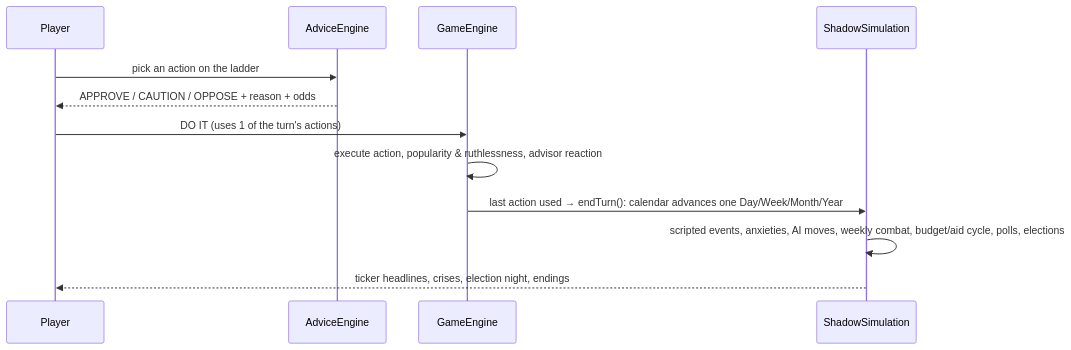
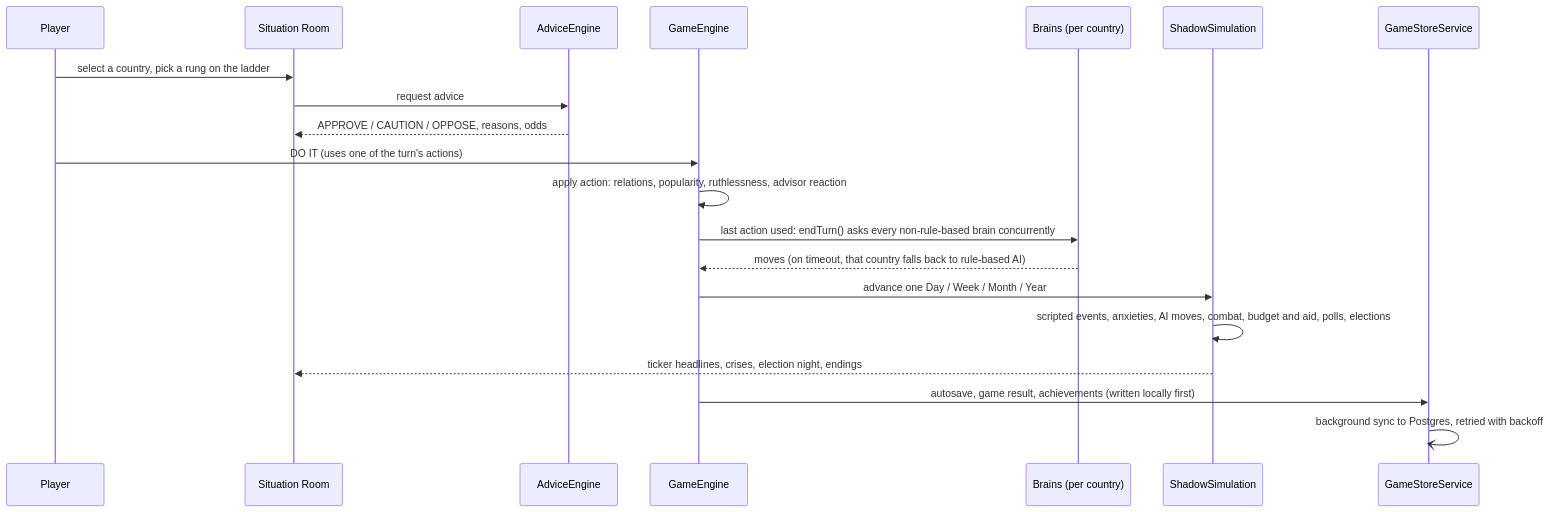
One commit to kochj23/GTNW changed the second of 4 diagrams in README.md. Above: the diagram before and after it, drawn with Mermaid. The commit also changed other lines of this file and 60 other files, not shown here.

````diff
--- a/README.md
+++ b/README.md
@@ -77,14 +272,22 @@
 ```mermaid
 sequenceDiagram
   participant P as Player
+  participant V as Situation Room
   participant A as AdviceEngine
   participant E as GameEngine
+  participant B as Brains (per country)
   participant S as ShadowSimulation
-  P->>A: pick an action on the ladder
-  A-->>P: APPROVE / CAUTION / OPPOSE + reason + odds
-  P->>E: DO IT (uses 1 of the turn's actions)
-  E->>E: execute action, popularity & ruthlessness, advisor reaction
-  E->>S: last action used → endTurn(): calendar advances one Day/Week/Month/Year
-  S->>S: scripted events, anxieties, AI moves, weekly combat, budget/aid cycle, polls, elections
-  S-->>P: ticker headlines, crises, election night, endings
+  participant G as GameStoreService
+  P->>V: select a country, pick a rung on the ladder
+  V->>A: request advice
+  A-->>V: APPROVE / CAUTION / OPPOSE, reasons, odds
+  P->>E: DO IT (uses one of the turn's actions)
+  E->>E: apply action: relations, popularity, ruthlessness, advisor reaction
+  E->>B: last action used: endTurn() asks every non-rule-based brain concurrently
+  B-->>E: moves (on timeout, that country falls back to rule-based AI)
+  E->>S: advance one Day / Week / Month / Year
+  S->>S: scripted events, anxieties, AI moves, combat, budget and aid, polls, elections
+  S-->>V: ticker headlines, crises, election night, endings
+  E->>G: autosave, game result, achievements (written locally first)
+  G-)G: background sync to Postgres, retried with backoff
 ```
````
